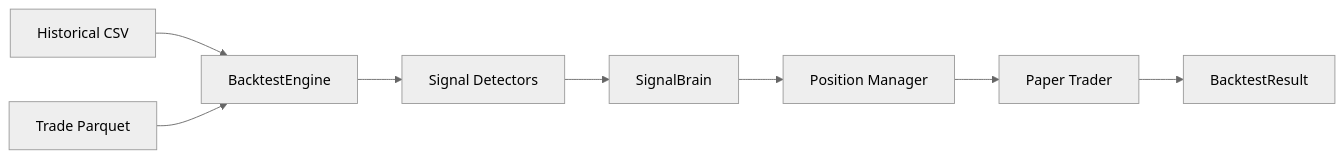
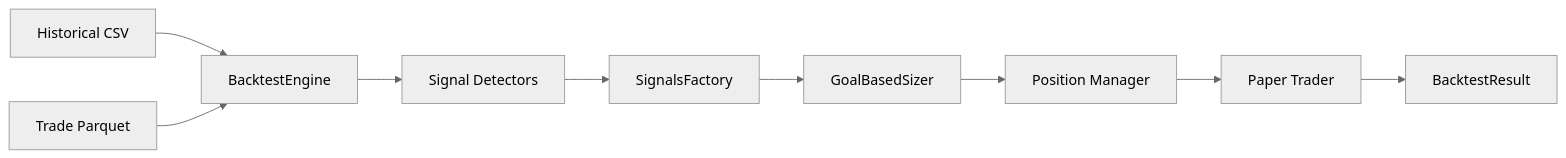
One commit to ofersarid/trading-bot changed the first of 2 diagrams in bot/backtest/README.md. Above: the diagram before and after it, drawn with Mermaid (neutral theme). The commit also changed other lines of this file and 49 other files, not shown here.

First line of the commit message:
feat: Add goal-based AI trading with clean signals architecture

````diff
--- a/bot/backtest/README.md
+++ b/bot/backtest/README.md
@@ -48,12 +48,13 @@
 ```mermaid
 flowchart LR
     CSV[Historical CSV] --> ENGINE[BacktestEngine]
     PARQUET[Trade Parquet] --> ENGINE
 
     ENGINE --> SIGNALS[Signal Detectors]
-    SIGNALS --> BRAIN[SignalBrain]
-    BRAIN --> PM[Position Manager]
+    SIGNALS --> FACTORY[SignalsFactory]
+    FACTORY --> SIZER[GoalBasedSizer]
+    SIZER --> PM[Position Manager]
     PM --> TRADER[Paper Trader]
 
     TRADER --> RESULT[BacktestResult]
 ```
````
